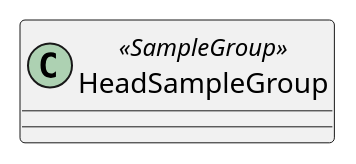
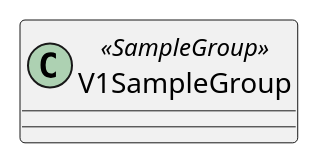
One commit to tunepruner/FingerPerc changed diagram 25 of 31 in app/Documentation/Declarations.puml. Above: the diagram before and after it, drawn with PlantUML. The commit also changed other lines of this file and 25 other files, not shown here.

```diff
--- a/app/Documentation/Declarations.puml
+++ b/app/Documentation/Declarations.puml
@@ -205,5 +195,5 @@
-@startuml(id=HeadSampleGroup)
-class HeadSampleGroup<<SampleGroup>>{
+@startuml(id=V1SampleGroup)
+class V1SampleGroup<<SampleGroup>>{
 
 }
 @enduml
```
